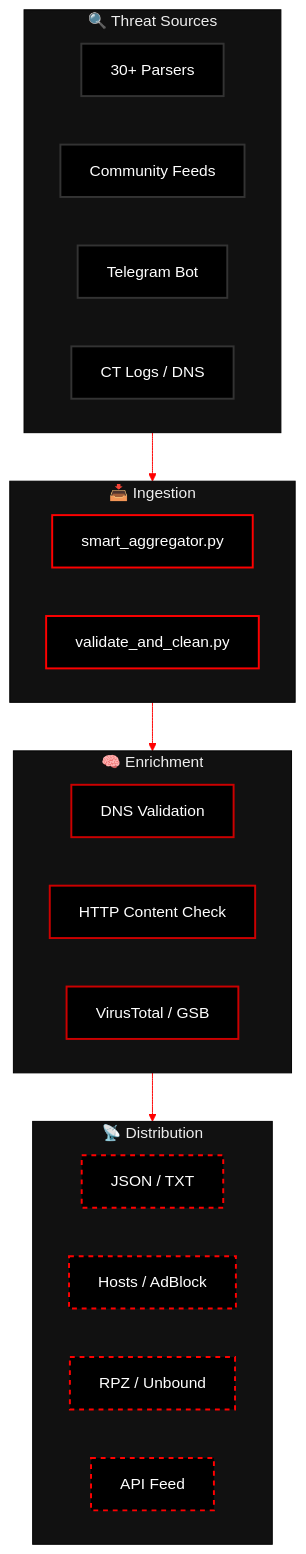
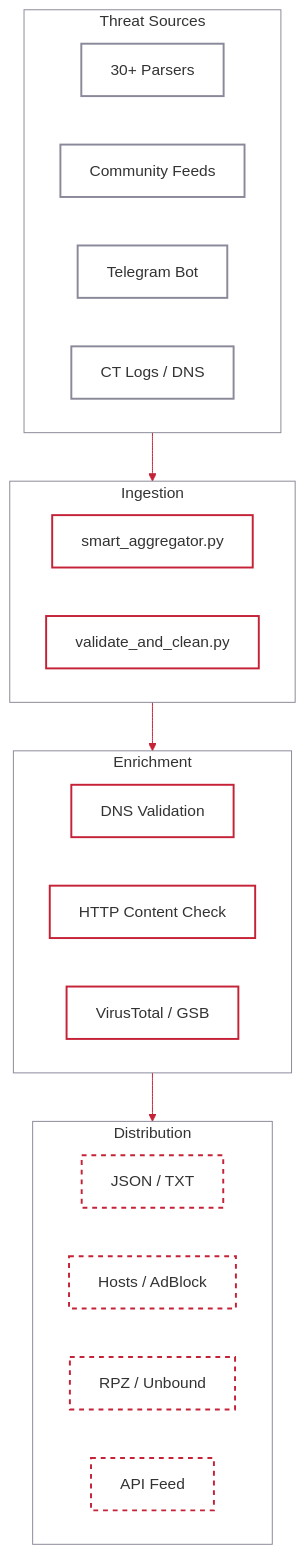
Before and after one commit to phishdestroy/destroylist: the second of 3 diagrams in README.md, drawn with Mermaid. The commit also changed other lines of this file and 44 other files, not shown here.

````diff
--- a/README.md
+++ b/README.md
@@ -287,42 +317,42 @@
 ```mermaid
-%%{init: {"theme":"base", "themeVariables": { "background": "transparent", "mainBkg": "#000000", "primaryColor": "#000000", "primaryTextColor": "#FFFFFF", "primaryBorderColor": "#FF0000", "lineColor": "#FF0000", "secondaryColor": "#111111", "tertiaryColor": "#111111", "fontFamily": "Inter, system-ui, sans-serif"}, "flowchart": {"curve": "basis", "htmlLabels": true}}}%%
+%%{init: {"themeVariables":{"background":"transparent","primaryBorderColor":"#c52237","lineColor":"#c52237","clusterBkg":"transparent","clusterBorder":"#898999","edgeLabelBackground":"transparent","fontFamily":"system-ui, sans-serif"},"flowchart":{"curve":"basis","htmlLabels":true}}}%%
 flowchart TB
-  subgraph Sources["🔍 Threat Sources"]
+  subgraph Sources["Threat Sources"]
     S1[30+ Parsers]
     S2[Community Feeds]
     S3[Telegram Bot]
     S4[CT Logs / DNS]
   end
 
-  subgraph Ingestion["📥 Ingestion"]
+  subgraph Ingestion["Ingestion"]
     I1[smart_aggregator.py]
     I2[validate_and_clean.py]
   end
 
-  subgraph Enrichment["🧠 Enrichment"]
+  subgraph Enrichment["Enrichment"]
     E1[DNS Validation]
     E2[HTTP Content Check]
     E3[VirusTotal / GSB]
   end
 
-  subgraph Distribution["📡 Distribution"]
+  subgraph Distribution["Distribution"]
     D1[JSON / TXT]
     D2[Hosts / AdBlock]
     D3[RPZ / Unbound]
     D4[API Feed]
   end
 
   Sources --> Ingestion
   Ingestion --> Enrichment
   Enrichment --> Distribution
 
-  classDef source fill:#000000,stroke:#333333,stroke-width:2px,color:#FFFFFF;
-  classDef ingest fill:#000000,stroke:#FF0000,stroke-width:2px,color:#FFFFFF;
-  classDef enrich fill:#000000,stroke:#CC0000,stroke-width:2px,color:#FFFFFF;
-  classDef dist fill:#000000,stroke:#FF0000,stroke-width:2px,stroke-dasharray: 5 5,color:#FFFFFF;
+  classDef source fill:transparent,stroke:#898999,stroke-width:2px;
+  classDef ingest fill:transparent,stroke:#c52237,stroke-width:2px;
+  classDef enrich fill:transparent,stroke:#c52237,stroke-width:2px;
+  classDef dist fill:transparent,stroke:#c52237,stroke-width:2px,stroke-dasharray: 5 5;
 
   class S1,S2,S3,S4 source;
   class I1,I2 ingest;
   class E1,E2,E3 enrich;
   class D1,D2,D3,D4 dist;
 ```
````
